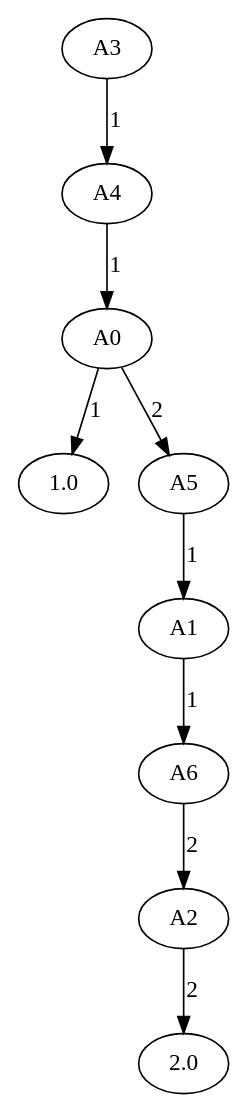
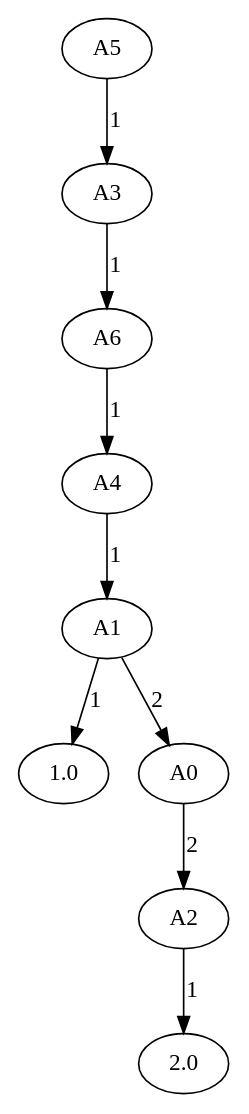
One commit to oyssolbo/TDT4171 changed the diagram in Assignments/A4/data/results/data/tree/Random importance id=5.gv. Above: the diagram before and after it, drawn with Graphviz. The commit also changed 30 other files, not shown here.

```diff
--- a/Assignments/A4/data/results/data/tree/Random importance id=5.gv
+++ b/Assignments/A4/data/results/data/tree/Random importance id=5.gv
@@ -1,20 +1,20 @@
 // Random importance
 digraph {
+	5 [label=A5]
 	3 [label=A3]
+	5 -> 3 [label=1]
+	6 [label=A6]
+	3 -> 6 [label=1]
 	4 [label=A4]
-	3 -> 4 [label=1]
+	6 -> 4 [label=1]
+	1 [label=A1]
+	4 -> 1 [label=1]
+	1.0 [label=1.0]
+	1 -> 1.0 [label=1]
 	0 [label=A0]
-	4 -> 0 [label=1]
-	1.0 [label=1.0]
-	0 -> 1.0 [label=1]
-	5 [label=A5]
-	0 -> 5 [label=2]
-	1 [label=A1]
-	5 -> 1 [label=1]
-	6 [label=A6]
-	1 -> 6 [label=1]
+	1 -> 0 [label=2]
 	2 [label=A2]
-	6 -> 2 [label=2]
+	0 -> 2 [label=2]
 	2.0 [label=2.0]
-	2 -> 2.0 [label=2]
+	2 -> 2.0 [label=1]
 }
```
